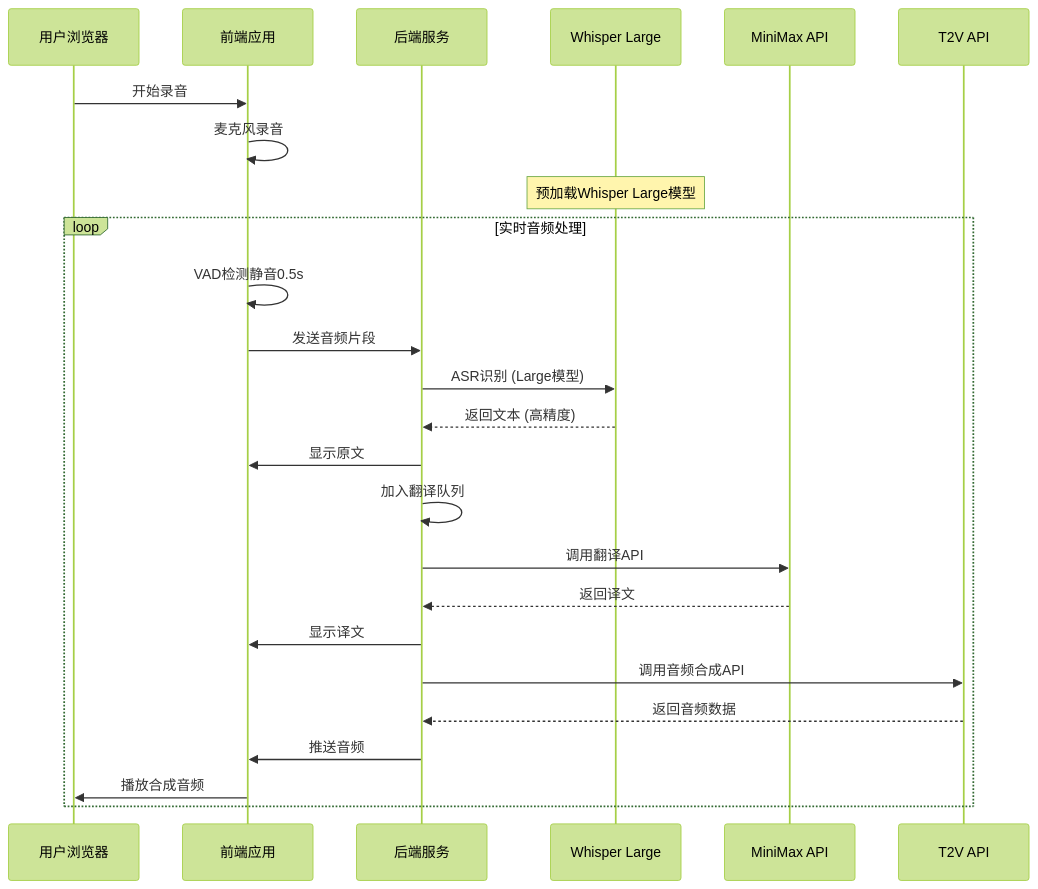
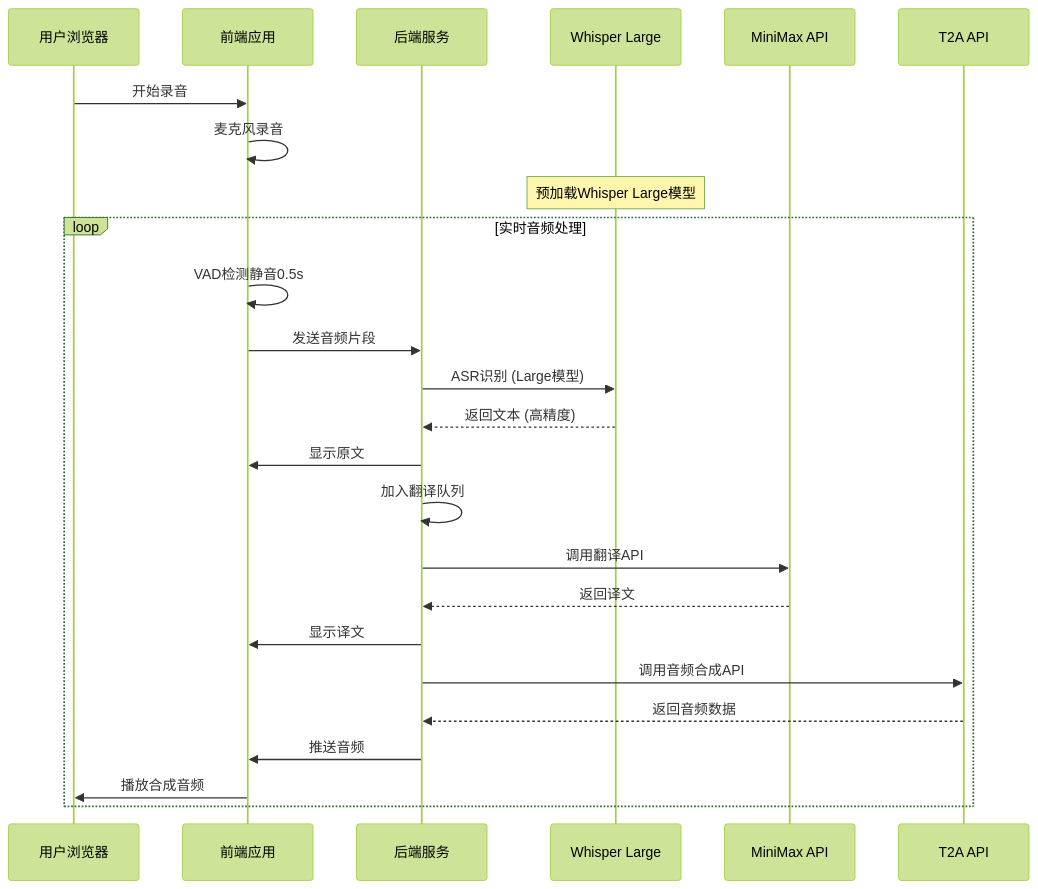
One commit to MiniMax-OpenPlatform/minimax_simultaneous_interpretation changed the first of 2 diagrams in docs/PRD.md. Above: the diagram before and after it, drawn with Mermaid (forest theme). The commit also changed other lines of this file and 7 other files, not shown here.

````diff
--- a/docs/PRD.md
+++ b/docs/PRD.md
@@ -89,30 +89,30 @@
 ```mermaid
 sequenceDiagram
     participant U as 用户浏览器
     participant F as 前端应用
     participant B as 后端服务
     participant W as Whisper Large
     participant M as MiniMax API
-    participant T as T2V API
+    participant T as T2A API
 
     U->>F: 开始录音
     F->>F: 麦克风录音
     Note over W: 预加载Whisper Large模型
     loop 实时音频处理
         F->>F: VAD检测静音0.5s
         F->>B: 发送音频片段
         B->>W: ASR识别 (Large模型)
         W-->>B: 返回文本 (高精度)
         B->>F: 显示原文
 
         B->>B: 加入翻译队列
         B->>M: 调用翻译API
         M-->>B: 返回译文
         B->>F: 显示译文
 
         B->>T: 调用音频合成API
         T-->>B: 返回音频数据
         B->>F: 推送音频
         F->>U: 播放合成音频
     end
 ```
````
